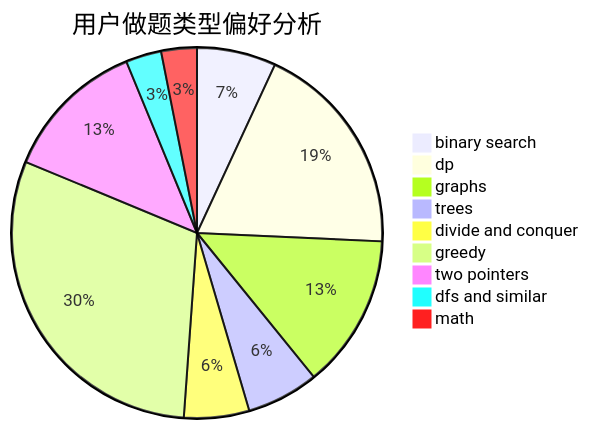
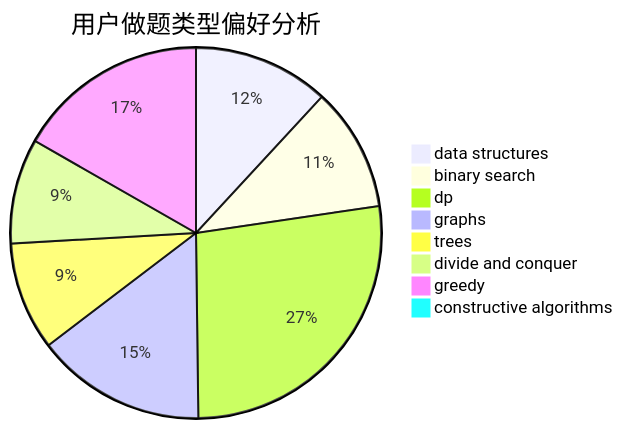
One commit to sherpahu/cfrs.github.io changed the second of 3 diagrams in docs/user/u572.md. Above: the diagram before and after it, drawn with Mermaid. The commit also changed other lines of this file and 2775 other files, not shown here.

````diff
--- a/docs/user/u572.md
+++ b/docs/user/u572.md
@@ -23,12 +23,11 @@
 ```mermaid
 pie title 用户做题类型偏好分析
-    "binary search" :  91
-    "dp" :  248
-    "graphs" :  177
-    "trees" :  83
-    "divide and conquer" :  75
-    "greedy" :  397
-    "two pointers" :  165
-    "dfs and similar" :  41
-    "math" :  41
+    "data structures" :  88
+    "binary search" :  80
+    "dp" :  201
+    "graphs" :  110
+    "trees" :  70
+    "divide and conquer" :  68
+    "greedy" :  124
+    "constructive algorithms" :  3
 ```
````
